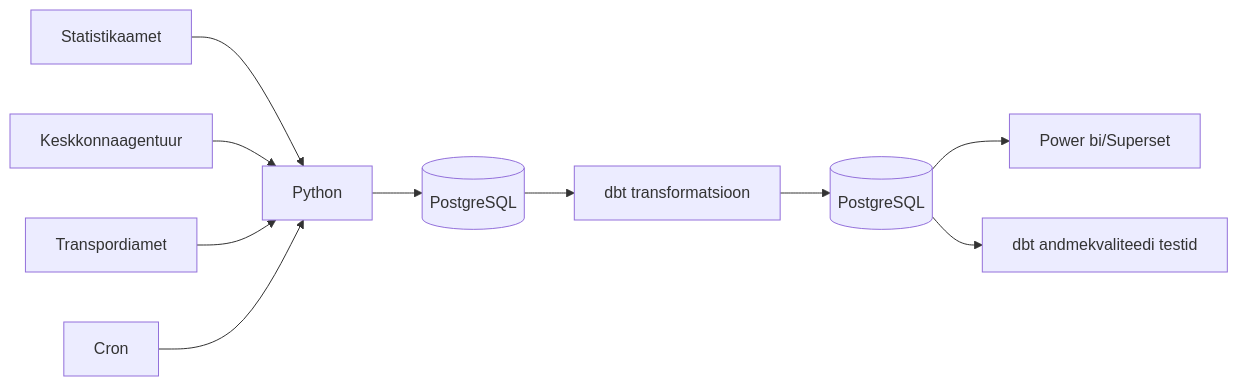
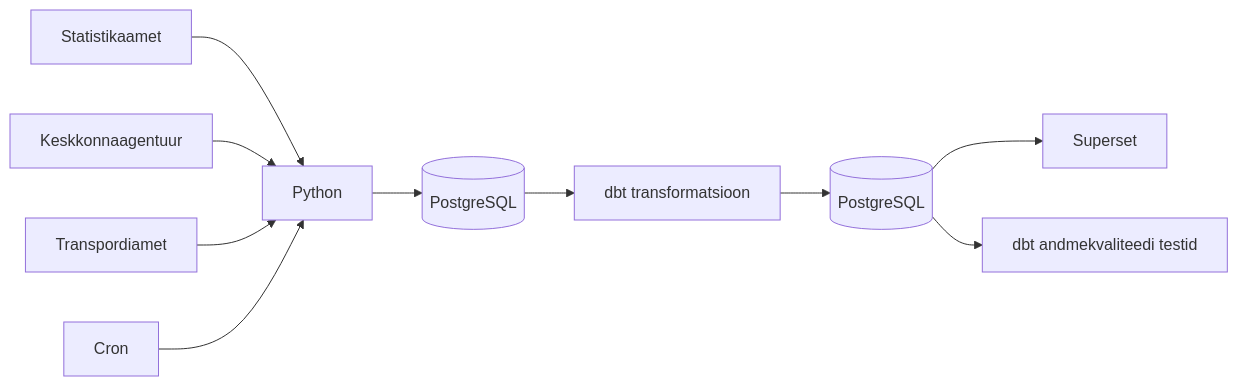
One commit to MarthaBog/Data-engineer-project-TU changed the diagram in README.md. Above: the diagram before and after it, drawn with Mermaid.

````diff
--- a/README.md
+++ b/README.md
@@ -29,12 +29,12 @@
 ```mermaid
 flowchart LR
 source[Statistikaamet]  --> ingest[Python]
 source2[Keskkonnaagentuur] --> ingest[Python]
 source3[Transpordiamet] --> ingest[Python]
     ingest --> staging[(PostgreSQL)]
     staging --> transform[dbt transformatsioon]
     transform --> mart[(PostgreSQL)]
-    mart --> dashboard[Power bi/Superset]
+    mart --> dashboard[Superset]
     mart --> quality[dbt andmekvaliteedi testid]
     scheduler[Cron] --> ingest
 ```
````
